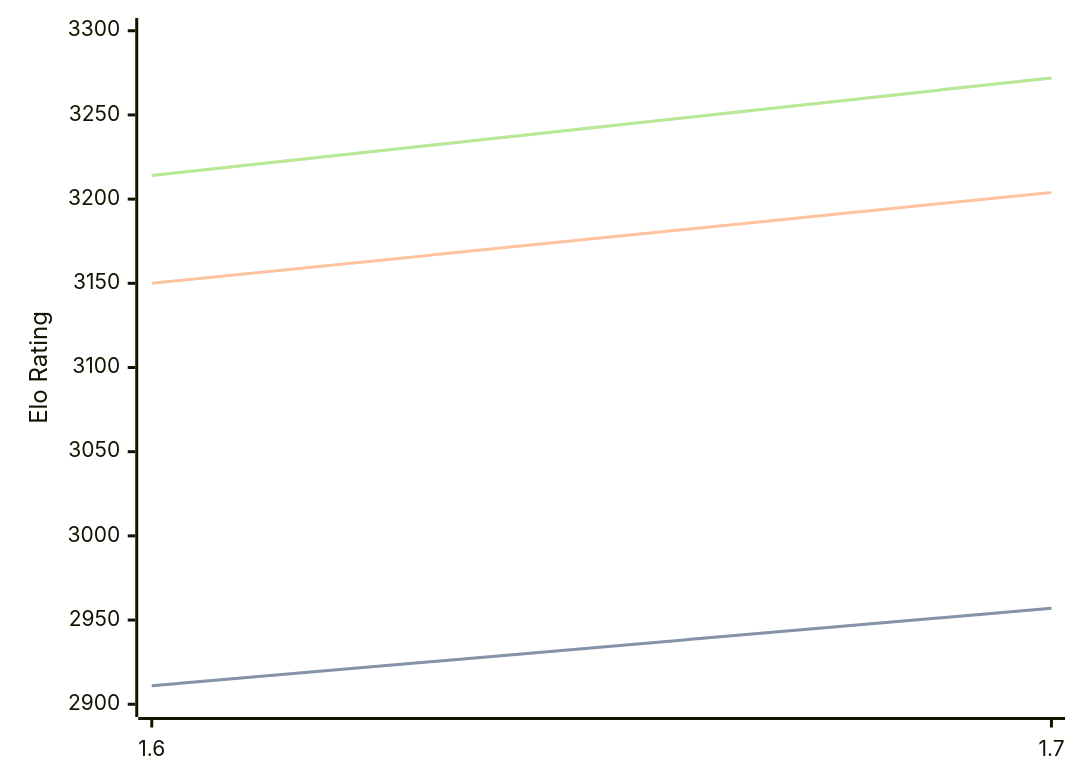
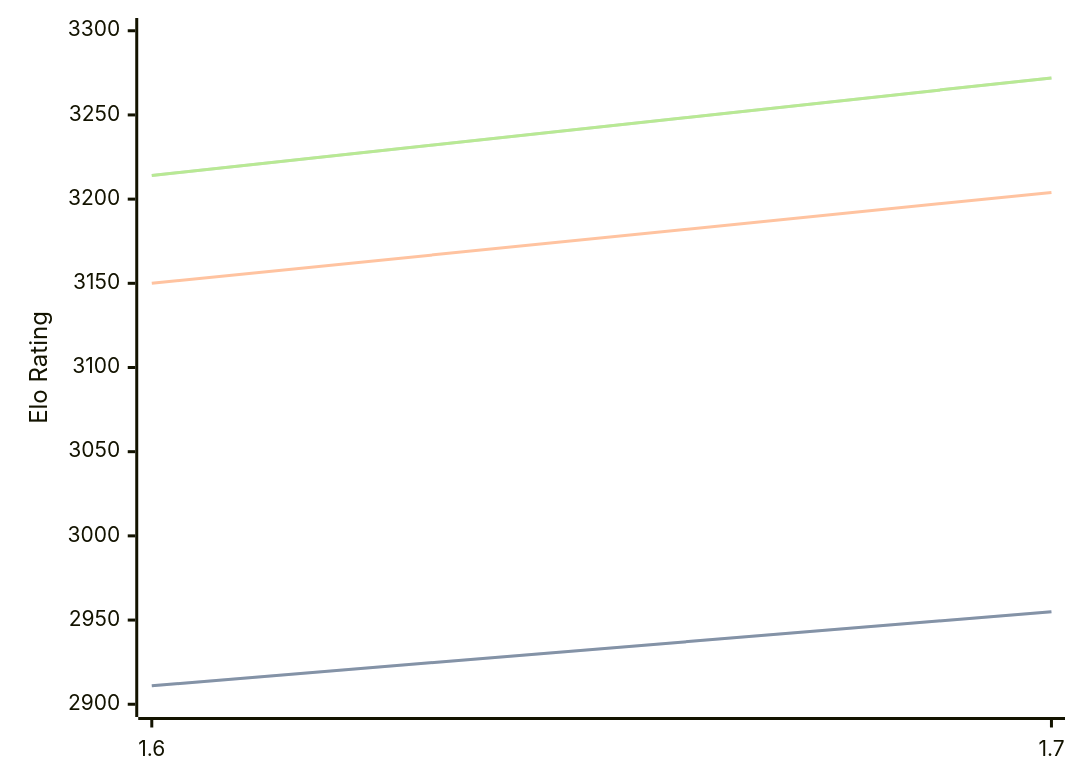
The diagram in engines/Bitbit.md (computer-chess-index/cci), drawn with Mermaid before and after one commit. The commit also changed other lines of this file, not shown here.

````diff
--- a/engines/Bitbit.md
+++ b/engines/Bitbit.md
@@ -32,11 +32,11 @@
 ```mermaid
 %%{init: {"theme":"base","themeVariables":{"seriesColors:['#a3a3a3','#222221','#faa371']}}}%%
 xychart-beta
   x-axis ["1.6", "1.7"]
   y-axis "Elo Rating" 2900 --> 3300
-  line "" [2911, 2957]
-  line "STC (8.0+0.08s)" [2911, 2957]
+  line "" [2911, 2955]
+  line "STC (8.0+0.08s)" [2911, 2955]
   line "LTC (60.0+0.60s)" [3150, 3204]
   line "" [3214, 3272]
   line "VLTC (2m24s+1.12s)" [3214, 3272]
 ```
````
